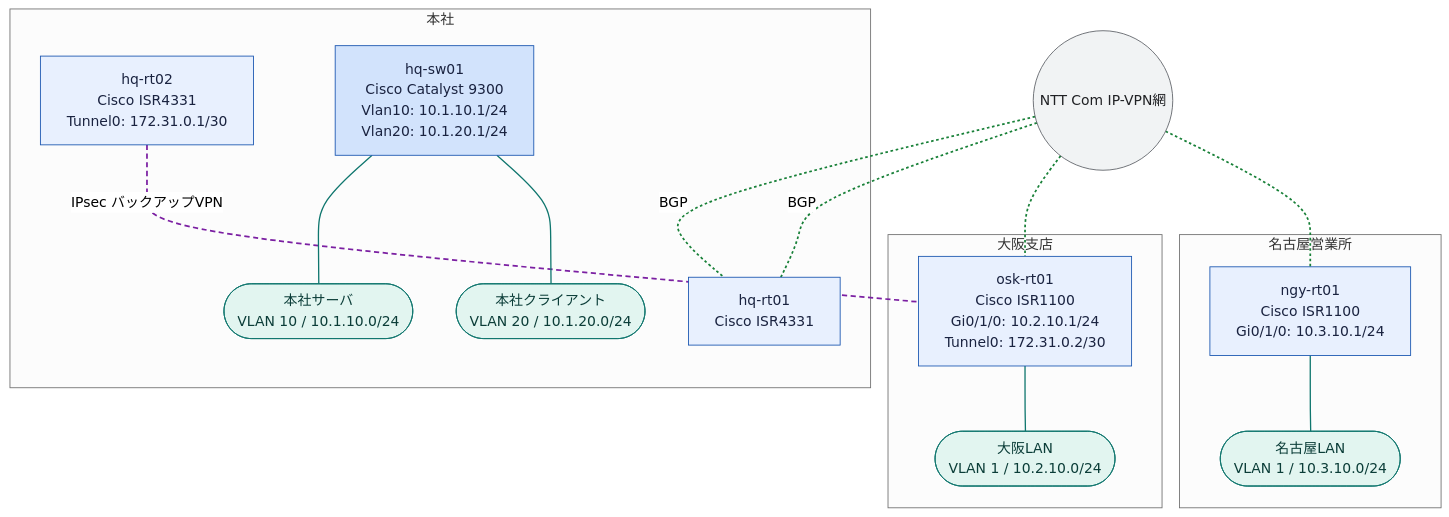
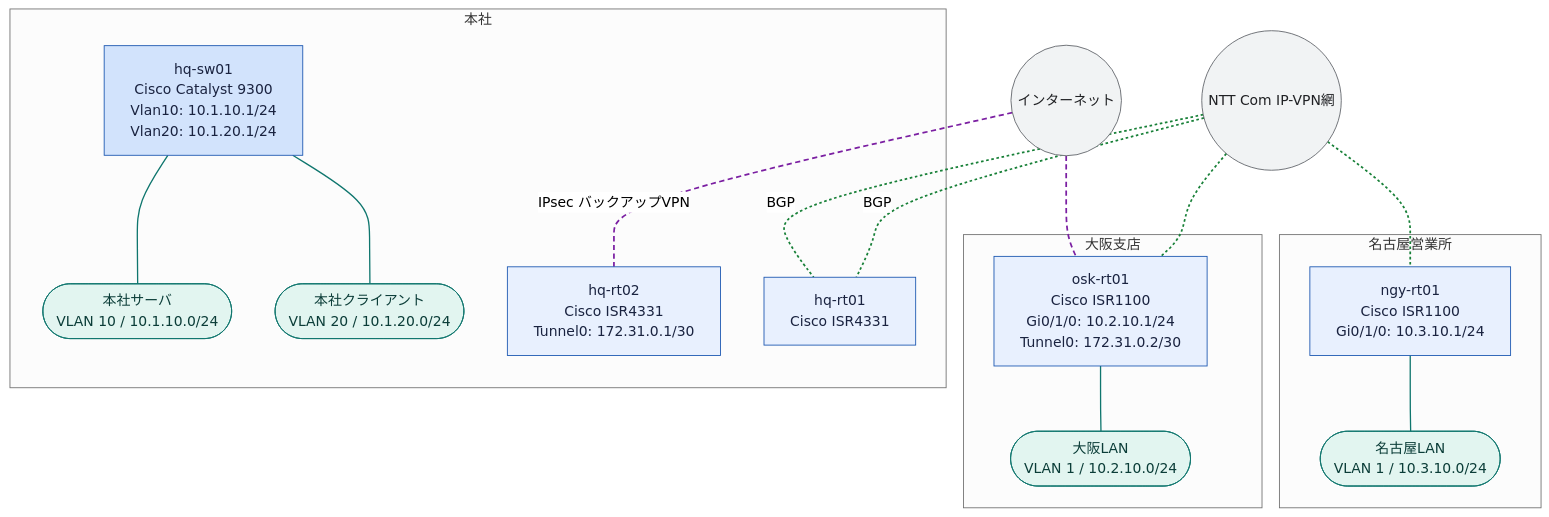
Before and after one commit to thinas1115/nwdsl: the diagram in examples/sample-corp/generated/logical-all.mmd, drawn with Mermaid (neutral theme). The commit also changed 51 other files, not shown here.

```diff
--- a/examples/sample-corp/generated/logical-all.mmd
+++ b/examples/sample-corp/generated/logical-all.mmd
@@ -1,45 +1,47 @@
 flowchart TB
   subgraph sg_hq["本社"]
     hq_rt02["hq-rt02<br>Cisco ISR4331<br>Tunnel0: 172.31.0.1/30"]
     hq_rt01["hq-rt01<br>Cisco ISR4331"]
     hq_sw01["hq-sw01<br>Cisco Catalyst 9300<br>Vlan10: 10.1.10.1/24<br>Vlan20: 10.1.20.1/24"]
     seg__hq_server(["本社サーバ<br>VLAN 10 / 10.1.10.0/24"])
     seg__hq_client(["本社クライアント<br>VLAN 20 / 10.1.20.0/24"])
   end
   subgraph sg_osk["大阪支店"]
     osk_rt01["osk-rt01<br>Cisco ISR1100<br>Gi0/1/0: 10.2.10.1/24<br>Tunnel0: 172.31.0.2/30"]
     seg__osk_lan(["大阪LAN<br>VLAN 1 / 10.2.10.0/24"])
   end
   subgraph sg_ngy["名古屋営業所"]
     ngy_rt01["ngy-rt01<br>Cisco ISR1100<br>Gi0/1/0: 10.3.10.1/24"]
     seg__ngy_lan(["名古屋LAN<br>VLAN 1 / 10.3.10.0/24"])
   end
+  internet(("インターネット"))
   ipvpn(("NTT Com IP-VPN網"))
-  hq_rt02 ---|"IPsec バックアップVPN"| osk_rt01
+  internet ---|"IPsec バックアップVPN"| hq_rt02
+  internet --- osk_rt01
   ipvpn ---|"BGP"| hq_rt01
   ipvpn --- osk_rt01
   ipvpn ---|"BGP"| hq_rt01
   ipvpn --- ngy_rt01
   hq_sw01 --- seg__hq_server
   hq_sw01 --- seg__hq_client
   osk_rt01 --- seg__osk_lan
   ngy_rt01 --- seg__ngy_lan
 
   classDef node_dim fill:#f8f9fa,stroke:#dadce0,color:#bdc1c6
   classDef node_failed fill:#fce8e6,stroke:#c5221f,color:#3c1a19
   classDef role_router fill:#e8f0fe,stroke:#1a56b0,color:#1a2340
   classDef role_l3switch fill:#d2e3fc,stroke:#1a56b0,color:#1a2340
   classDef role_l2switch fill:#e6f4ea,stroke:#137333,color:#1a2e1f
   classDef role_firewall fill:#fce8e6,stroke:#c5221f,color:#3c1a19
   classDef role_other fill:#f1f3f4,stroke:#5f6368,color:#202124
   classDef node_cloud fill:#f1f3f4,stroke:#5f6368,color:#202124
   classDef node_site fill:#fff8e1,stroke:#b58105,color:#4a3a08
   classDef node_segment fill:#e2f5f0,stroke:#0f766e,color:#0b3d38
   classDef node_external fill:#ffffff,stroke:#9aa0a6,stroke-dasharray:3 3,color:#5f6368
   class hq_rt02,osk_rt01,hq_rt01,ngy_rt01 role_router
-  class ipvpn node_cloud
+  class internet,ipvpn node_cloud
   class hq_sw01 role_l3switch
   class seg__hq_server,seg__hq_client,seg__osk_lan,seg__ngy_lan node_segment
-  linkStyle 0 stroke:#7b1fa2,stroke-width:2px,stroke-dasharray:6 4
-  linkStyle 1,2,3,4 stroke:#188038,stroke-width:2px,stroke-dasharray:3 3
-  linkStyle 5,6,7,8 stroke:#0f766e,stroke-width:1.5px
+  linkStyle 0,1 stroke:#7b1fa2,stroke-width:2px,stroke-dasharray:6 4
+  linkStyle 2,3,4,5 stroke:#188038,stroke-width:2px,stroke-dasharray:3 3
+  linkStyle 6,7,8,9 stroke:#0f766e,stroke-width:1.5px
```
